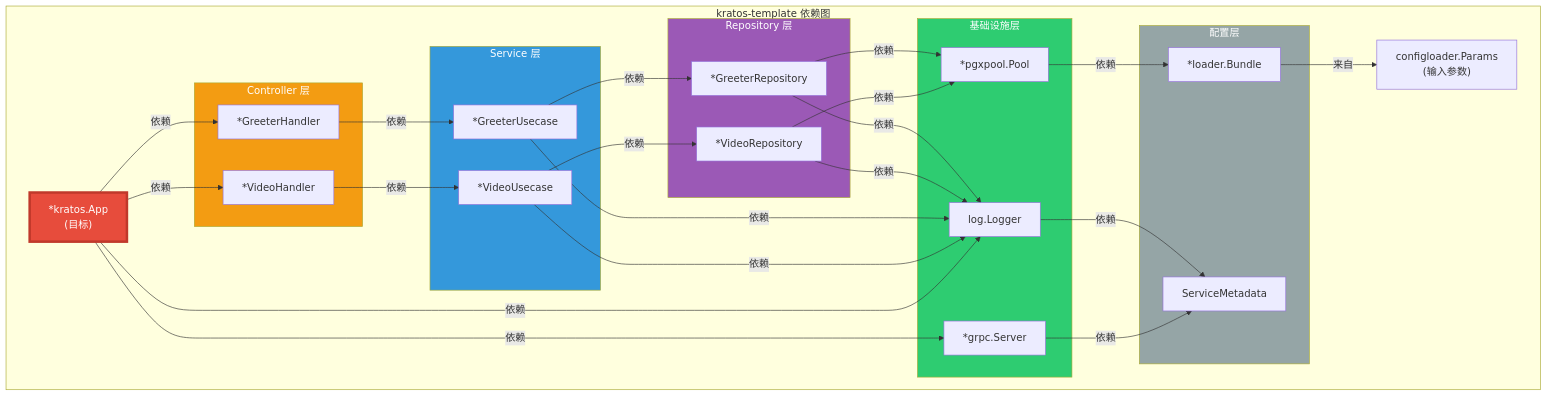
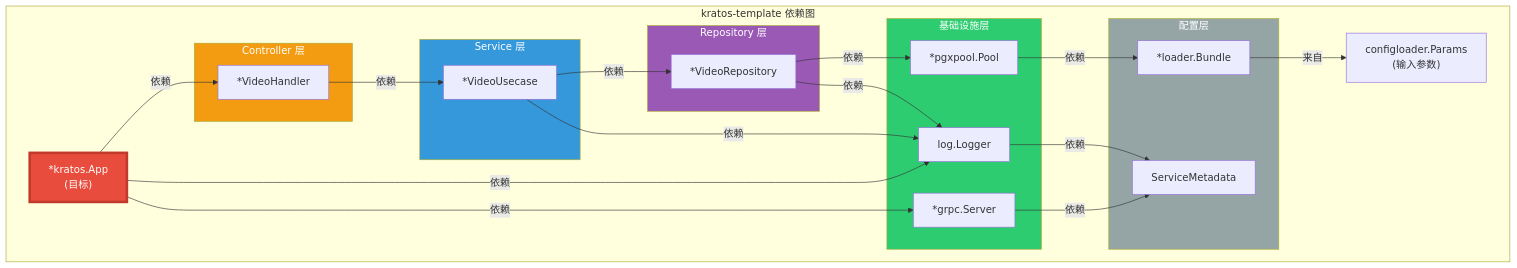
Before and after one commit to bionicotaku/lingo-services-catalog: the eighth of 24 diagrams in docs/WIRE_DEPENDENCY_INJECTION.md, drawn with Mermaid. The commit also changed other lines of this file and 6 other files, not shown here.

````diff
--- a/docs/WIRE_DEPENDENCY_INJECTION.md
+++ b/docs/WIRE_DEPENDENCY_INJECTION.md
@@ -473,63 +473,54 @@
 ```mermaid
 graph TB
     subgraph DependencyGraph["kratos-template 依赖图"]
         App["*kratos.App<br/>(目标)"]
 
         subgraph Controllers["Controller 层"]
             VH["*VideoHandler"]
-            GH["*GreeterHandler"]
         end
 
         subgraph Services["Service 层"]
             VU["*VideoUsecase"]
-            GU["*GreeterUsecase"]
         end
 
         subgraph Repositories["Repository 层"]
             VR["*VideoRepository"]
-            GR["*GreeterRepository"]
         end
 
         subgraph Infrastructure["基础设施层"]
             DB["*pgxpool.Pool"]
             Logger["log.Logger"]
             Server["*grpc.Server"]
         end
 
         subgraph Config["配置层"]
             Bundle["*loader.Bundle"]
             Metadata["ServiceMetadata"]
         end
 
         App -->|依赖| VH
-        App -->|依赖| GH
         App -->|依赖| Server
         App -->|依赖| Logger
 
         VH -->|依赖| VU
-        GH -->|依赖| GU
 
         VU -->|依赖| VR
         VU -->|依赖| Logger
-        GU -->|依赖| GR
-        GU -->|依赖| Logger
 
         VR -->|依赖| DB
         VR -->|依赖| Logger
-        GR -->|依赖| DB
-        GR -->|依赖| Logger
 
         DB -->|依赖| Bundle
         Server -->|依赖| Metadata
         Logger -->|依赖| Metadata
 
         Bundle -->|来自| Params["configloader.Params<br/>(输入参数)"]
     end
 
     style App fill:#e74c3c,color:#fff,stroke:#c0392b,stroke-width:4px
     style Controllers fill:#f39c12,color:#fff
     style Services fill:#3498db,color:#fff
     style Repositories fill:#9b59b6,color:#fff
     style Infrastructure fill:#2ecc71,color:#fff
     style Config fill:#95a5a6,color:#fff
 ```
````
